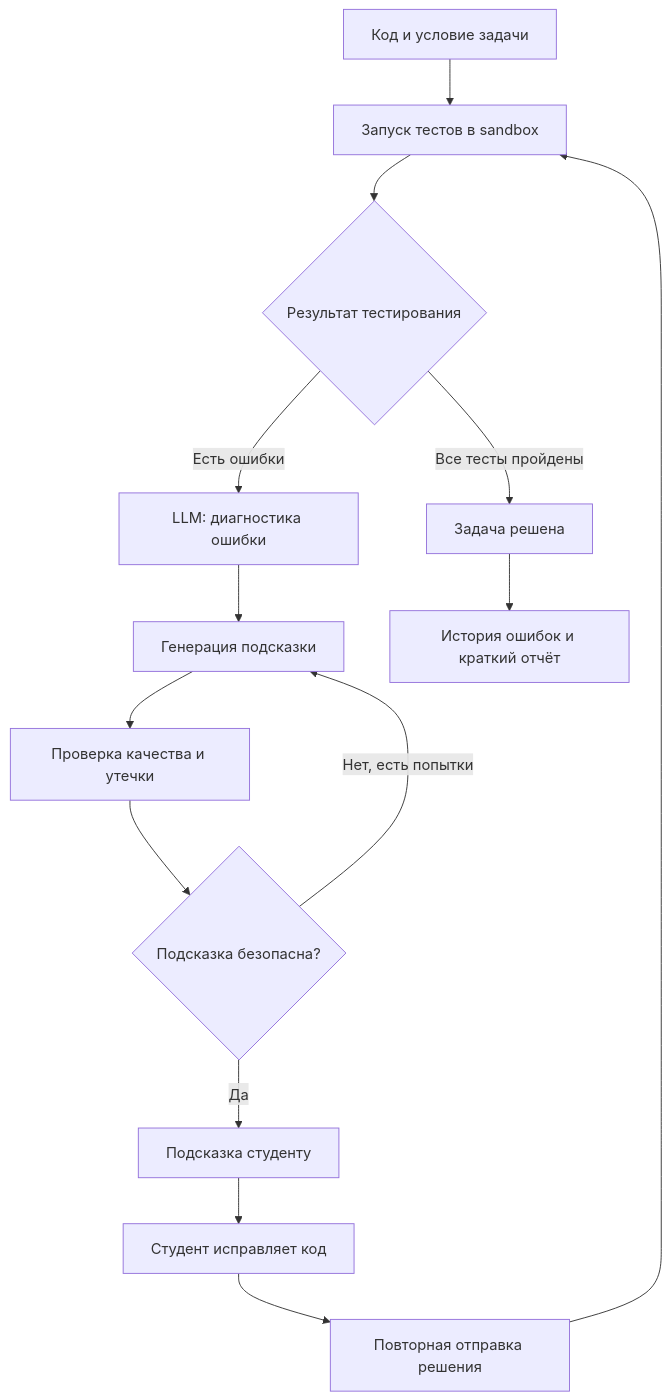
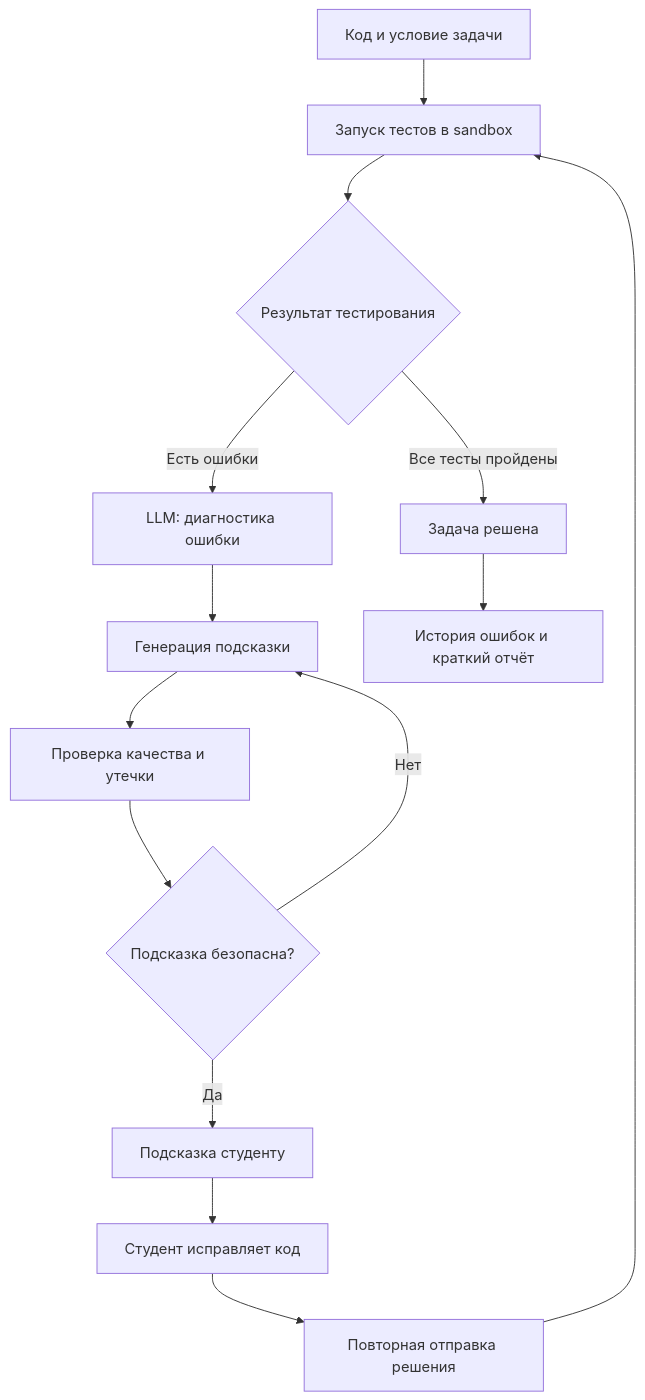
One commit to JJegor22/ai_code_mentor changed the second of 2 diagrams in docs/ml_system_design_doc.md. Above: the diagram before and after it, drawn with Mermaid. The commit also changed other lines of this file, not shown here.

Commit message:
fix: trying to fix display formulas and block-schema

````diff
--- a/docs/ml_system_design_doc.md
+++ b/docs/ml_system_design_doc.md
@@ -116,21 +116,21 @@
 ```mermaid
 flowchart TD
     A["Код и условие задачи"] --> B["Запуск тестов в sandbox"]
     B --> C{"Результат тестирования"}
 
     C -->|Все тесты пройдены| K["Задача решена"]
     C -->|Есть ошибки| D["LLM: диагностика ошибки"]
 
     D --> E["Генерация подсказки"]
     E --> F["Проверка качества и утечки"]
     F --> G{"Подсказка безопасна?"}
 
-    G -->|Нет, есть попытки| E
+    G -->|Нет| E
     G -->|Да| H["Подсказка студенту"]
 
     H --> I["Студент исправляет код"]
     I --> J["Повторная отправка решения"]
     J --> B
 
     K --> L["История ошибок и краткий отчёт"]
 ```
````
